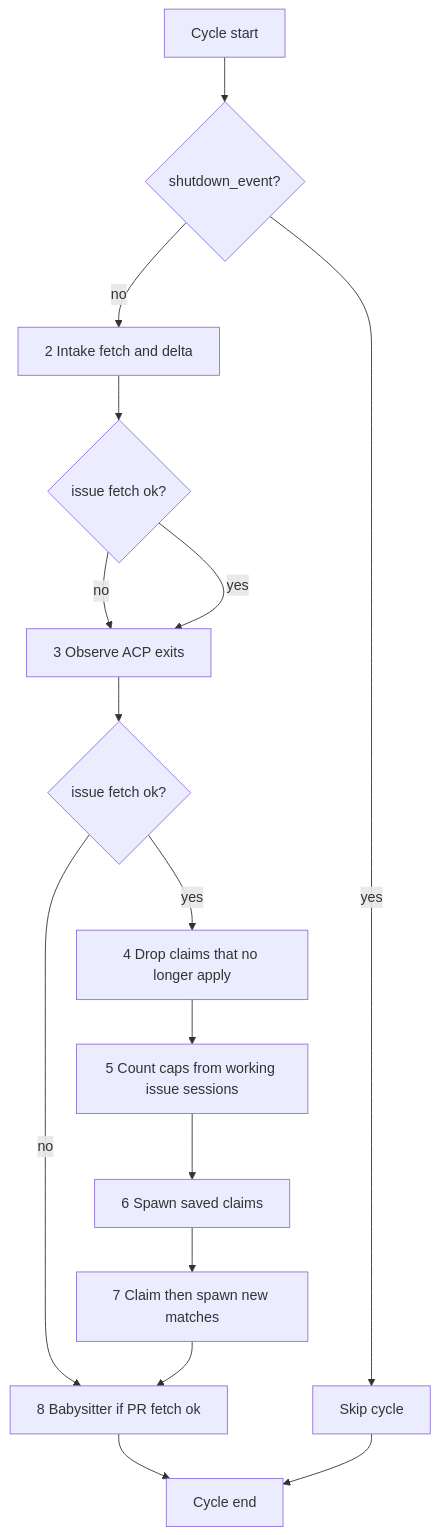
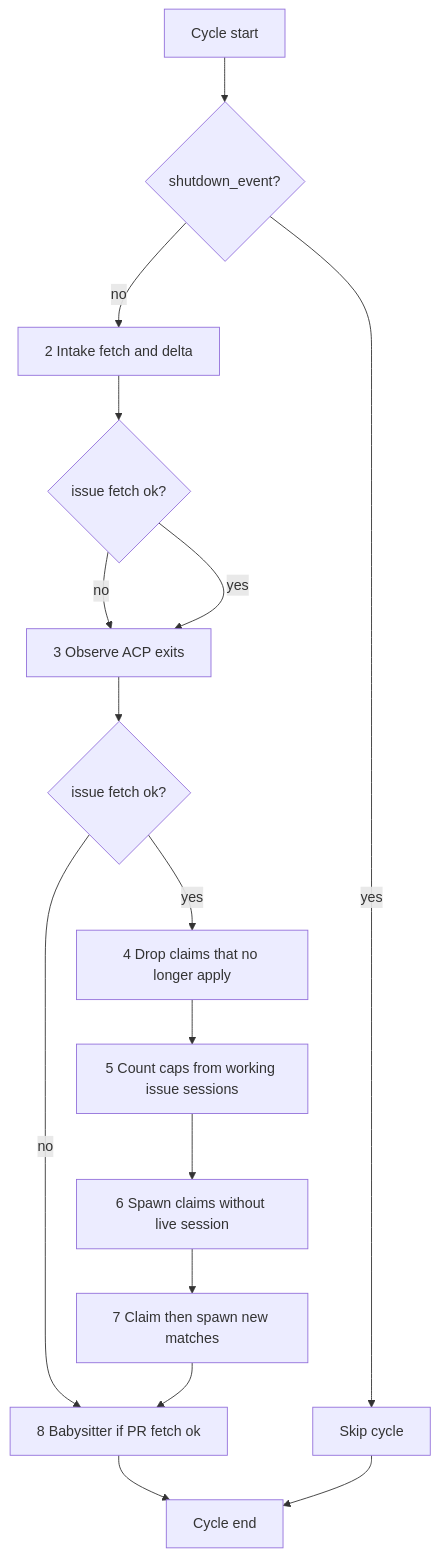
Before and after one commit to waigore/orkie: the second of 6 diagrams in spec/design/sequences.md, drawn with Mermaid. The commit also changed other lines of this file and 36 other files, not shown here.

````diff
--- a/spec/design/sequences.md
+++ b/spec/design/sequences.md
@@ -76,18 +73,18 @@
 ```mermaid
 flowchart TD
   start[Cycle start] --> shutdown{shutdown_event?}
   shutdown -->|yes| skip[Skip cycle]
   shutdown -->|no| intake[2 Intake fetch and delta]
   intake --> intakeOk{issue fetch ok?}
   intakeOk -->|no| step3[3 Observe ACP exits]
   intakeOk -->|yes| step3
   step3 --> intakeOk2{issue fetch ok?}
   intakeOk2 -->|no| step8[8 Babysitter if PR fetch ok]
   intakeOk2 -->|yes| step4[4 Drop claims that no longer apply]
   step4 --> step5[5 Count caps from working issue sessions]
-  step5 --> step6[6 Spawn saved claims]
+  step5 --> step6[6 Spawn claims without live session]
   step6 --> step7[7 Claim then spawn new matches]
   step7 --> step8
   step8 --> done[Cycle end]
   skip --> done
 ```
````
